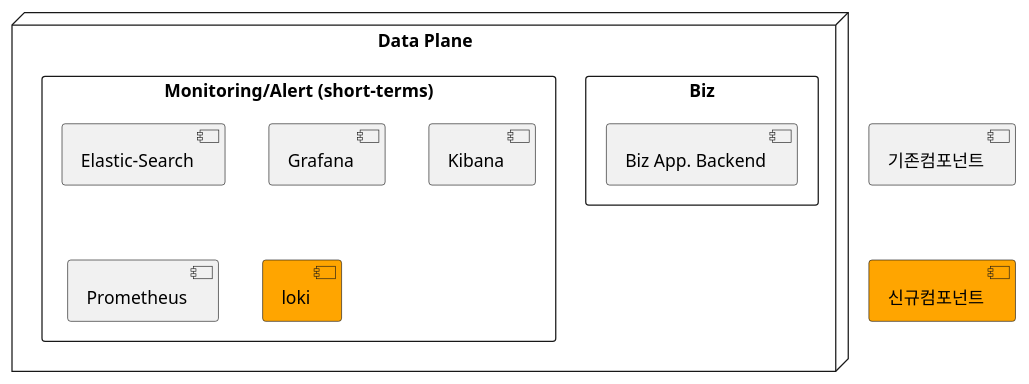
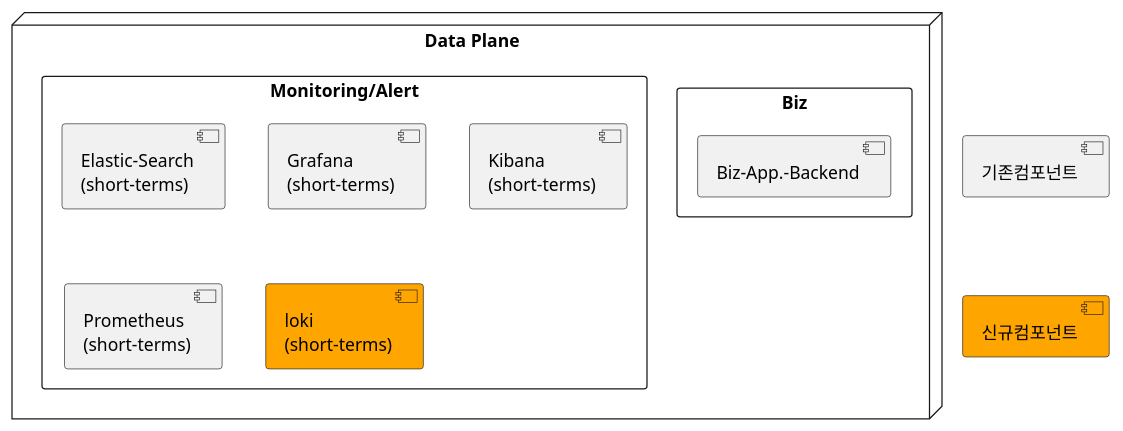
The third of 8 diagrams in docs/src/multi-cloud/diagram.md (kloudbank/htdp1.github.io), drawn with PlantUML before and after one commit. The commit also changed other lines of this file, not shown here.

```diff
--- a/docs/src/multi-cloud/diagram.md
+++ b/docs/src/multi-cloud/diagram.md
@@ -64,19 +73,19 @@
 @startuml
 
 [기존컴포넌트] as old
 [신규컴포넌트] as new #orange
 old -[hidden]d-> new
 
 node "Data Plane" as dcp {
     rectangle "Biz" as bdp_bz {
-        [Biz App. Backend] as bdp_bz_app
+        [Biz-App.-Backend] as bdp_bizapp
     }
-    rectangle "Monitoring/Alert (short-terms)" as bdp_mon {
-        [Elastic-Search] as bdp_mon_elk
-        [Grafana] as bdp_mon_grafana
-        [Kibana] as bdp_mon_kibana
-        [Prometheus] as bdp_mon_prometheus
-        [loki] as dbp_mon_loki #orange
+    rectangle "Monitoring/Alert" as bdp_mon {
+        [Elastic-Search\n(short-terms)] as bdp_mon_elk
+        [Grafana\n(short-terms)] as bdp_mon_grafana
+        [Kibana\n(short-terms)] as bdp_mon_kibana
+        [Prometheus\n(short-terms)] as bdp_mon_prometheus
+        [loki\n(short-terms)] as dbp_mon_loki #orange
     }
 }
 @enduml
```
